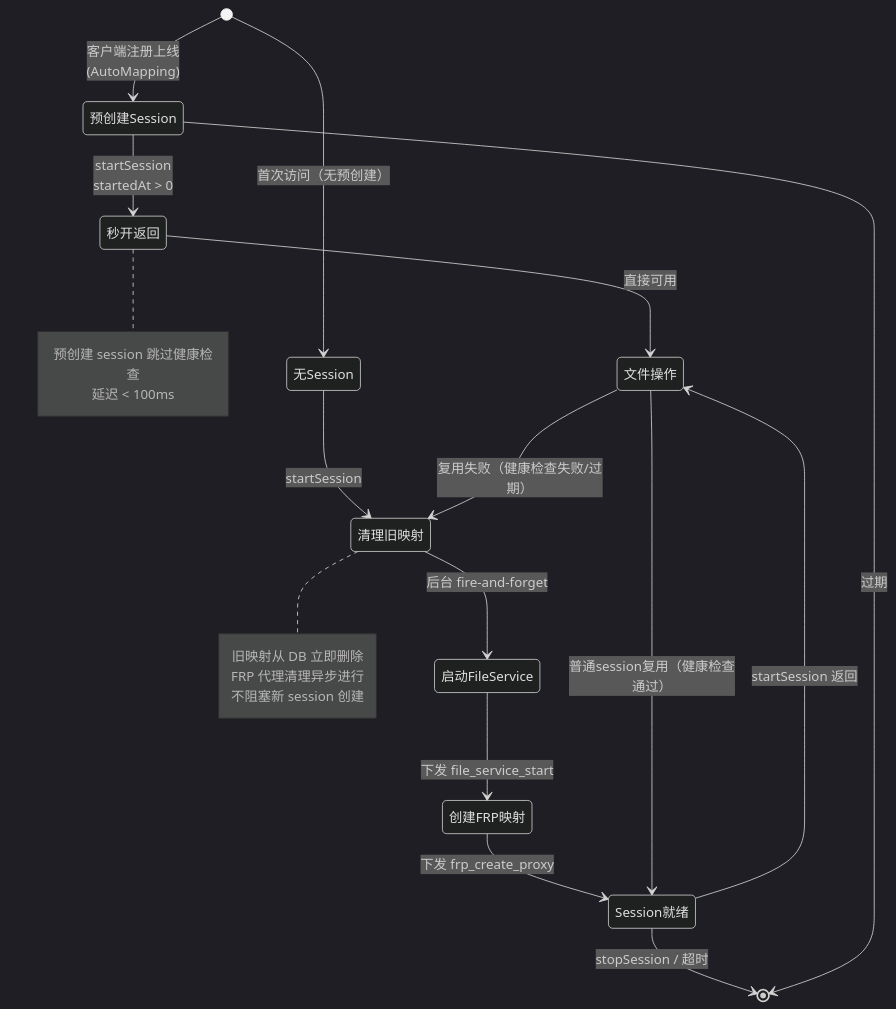
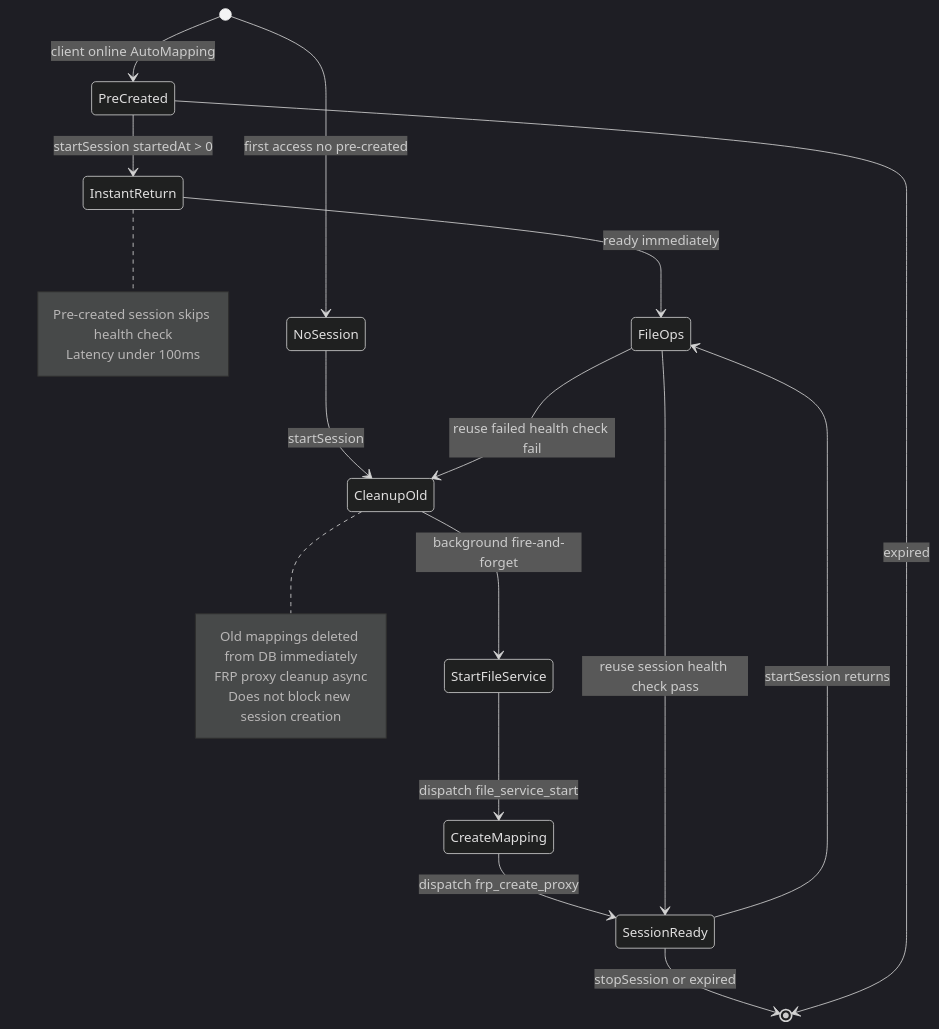
The fifth of 6 diagrams in docs/client-file-management.md (xuzhen97/remote-agent-gateway), drawn with Mermaid (dark theme) before and after one commit. The commit also changed other lines of this file, not shown here.

First line of the commit message:
docs: fix mermaid diagrams that failed to render

````diff
--- a/docs/client-file-management.md
+++ b/docs/client-file-management.md
@@ -226,31 +229,31 @@
 ```mermaid
 stateDiagram-v2
-    [*] --> 预创建Session: 客户端注册上线<br/>(AutoMapping)
-    [*] --> 无Session: 首次访问（无预创建）
+    [*] --> PreCreated: client online AutoMapping
+    [*] --> NoSession: first access no pre-created
     
-    预创建Session --> 秒开返回: startSession<br/>startedAt > 0
-    秒开返回 --> 文件操作: 直接可用
+    PreCreated --> InstantReturn: startSession startedAt > 0
+    InstantReturn --> FileOps: ready immediately
 
-    无Session --> 清理旧映射: startSession
-    清理旧映射 --> 启动FileService: 后台 fire-and-forget
-    启动FileService --> 创建FRP映射: 下发 file_service_start
-    创建FRP映射 --> Session就绪: 下发 frp_create_proxy
-    Session就绪 --> 文件操作: startSession 返回
+    NoSession --> CleanupOld: startSession
+    CleanupOld --> StartFileService: background fire-and-forget
+    StartFileService --> CreateMapping: dispatch file_service_start
+    CreateMapping --> SessionReady: dispatch frp_create_proxy
+    SessionReady --> FileOps: startSession returns
 
-    文件操作 --> Session就绪: 普通session复用（健康检查通过）
-    文件操作 --> 清理旧映射: 复用失败（健康检查失败/过期）
+    FileOps --> SessionReady: reuse session health check pass
+    FileOps --> CleanupOld: reuse failed health check fail
 
-    Session就绪 --> [*]: stopSession / 超时
-    预创建Session --> [*]: 过期
+    SessionReady --> [*]: stopSession or expired
+    PreCreated --> [*]: expired
 
-    note right of 秒开返回
-        预创建 session 跳过健康检查
-        延迟 < 100ms
+    note right of InstantReturn
+        Pre-created session skips health check
+        Latency under 100ms
     end note
 
-    note right of 清理旧映射
-        旧映射从 DB 立即删除
-        FRP 代理清理异步进行
-        不阻塞新 session 创建
+    note right of CleanupOld
+        Old mappings deleted from DB immediately
+        FRP proxy cleanup async
+        Does not block new session creation
     end note
 ```
````
